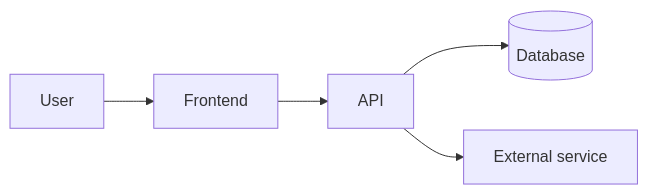
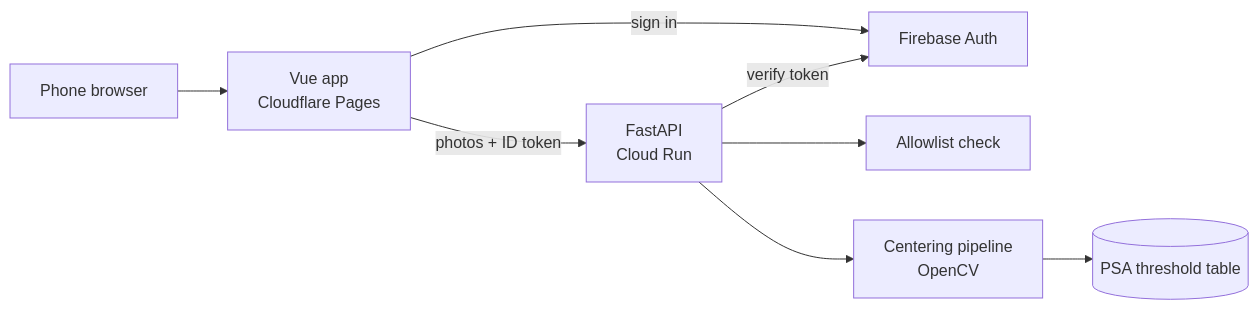
The diagram in docs/architecture.md (jkhaynes/ten-or-not), drawn with Mermaid before and after one commit. The commit also changed other lines of this file and 6 other files, not shown here.

Commit message:
docs: initial architecture, ADR, README, and state

````diff
--- a/docs/architecture.md
+++ b/docs/architecture.md
@@ -10,7 +10,10 @@
 ```mermaid
 flowchart LR
-    User --> UI[Frontend]
-    UI --> API[API]
-    API --> DB[(Database)]
-    API --> Ext[External service]
+    Phone[Phone browser] --> UI[Vue app<br/>Cloudflare Pages]
+    UI -->|sign in| FB[Firebase Auth]
+    UI -->|photos + ID token| API[FastAPI<br/>Cloud Run]
+    API -->|verify token| FB
+    API --> Auth[Allowlist check]
+    API --> Pipe[Centering pipeline<br/>OpenCV]
+    Pipe --> Th[(PSA threshold table)]
 ```
````
